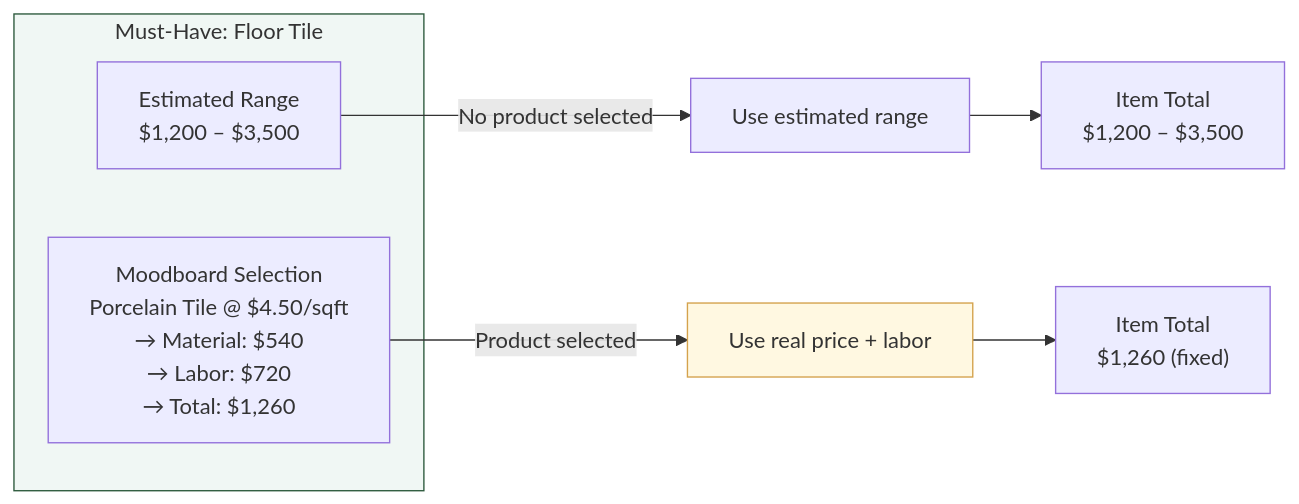
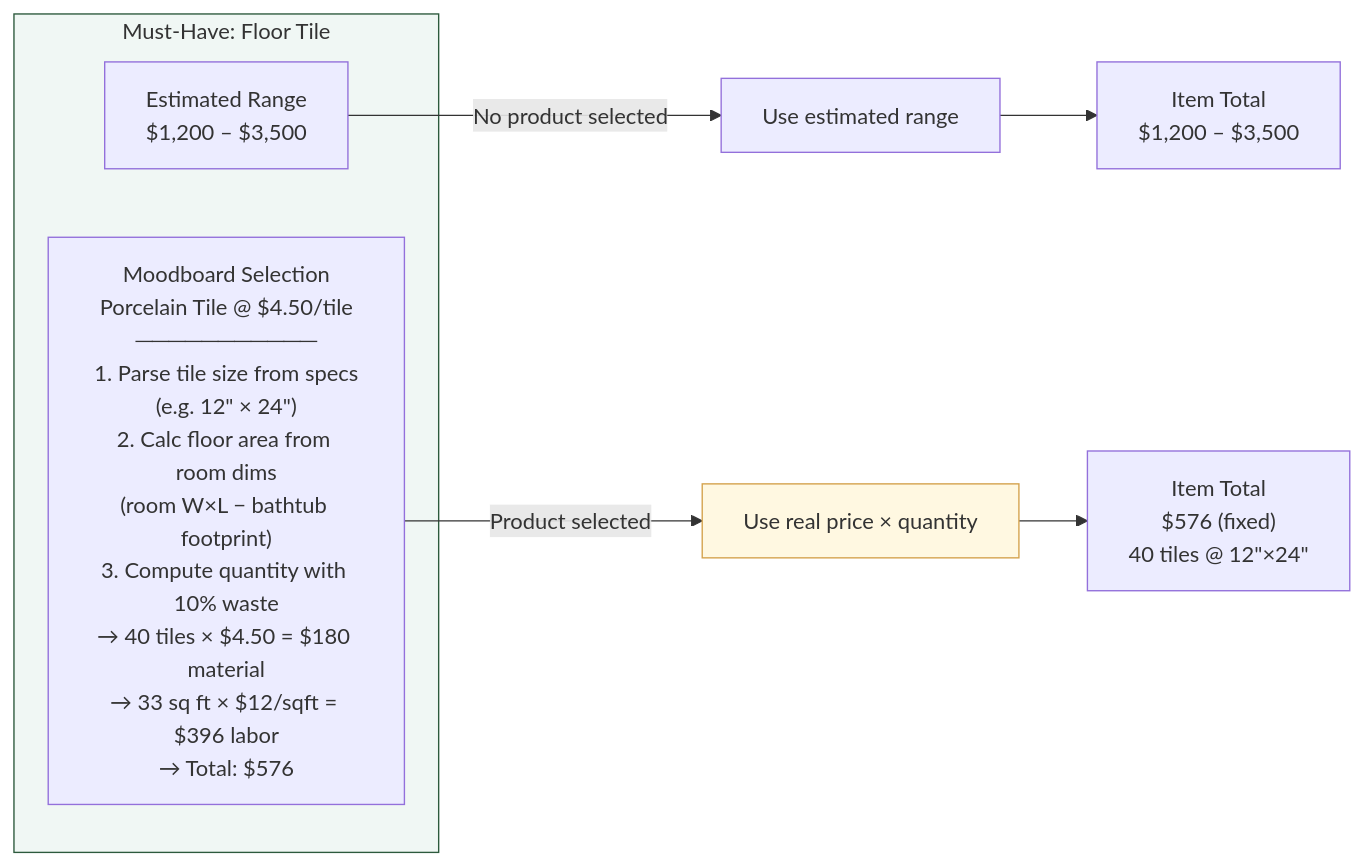
The second of 4 diagrams in BUDGET_ESTIMATOR_GRAPH.md (ttran1904/before-the-build), drawn with Mermaid before and after one commit. The commit also changed other lines of this file and 5 other files, not shown here.

Commit message:
Update Graph on number of tiles and update checklist to categorize items

````diff
--- a/BUDGET_ESTIMATOR_GRAPH.md
+++ b/BUDGET_ESTIMATOR_GRAPH.md
@@ -100,16 +100,16 @@
 ```mermaid
 flowchart LR
     subgraph MustHave["Must-Have: Floor Tile"]
         EST["Estimated Range<br/>$1,200 – $3,500"]
-        REAL["Moodboard Selection<br/>Porcelain Tile @ $4.50/sqft<br/>→ Material: $540<br/>→ Labor: $720<br/>→ Total: $1,260"]
+        REAL["Moodboard Selection<br/>Porcelain Tile @ $4.50/tile<br/>───────────<br/>1. Parse tile size from specs<br/>(e.g. 12&quot; × 24&quot;)<br/>2. Calc floor area from room dims<br/>(room W×L − bathtub footprint)<br/>3. Compute quantity with 10% waste<br/>→ 40 tiles × $4.50 = $180 material<br/>→ 33 sq ft × $12/sqft = $396 labor<br/>→ Total: $576"]
     end
 
     EST -->|"No product selected"| USE_EST["Use estimated range"]
-    REAL -->|"Product selected"| USE_REAL["Use real price + labor"]
+    REAL -->|"Product selected"| USE_REAL["Use real price × quantity"]
 
     USE_EST --> TOTAL["Item Total<br/>$1,200 – $3,500"]
-    USE_REAL --> TOTAL2["Item Total<br/>$1,260 (fixed)"]
+    USE_REAL --> TOTAL2["Item Total<br/>$576 (fixed)<br/>40 tiles @ 12&quot;×24&quot;"]
 
     style MustHave fill:#f0f7f4,stroke:#2d5a3d
     style USE_REAL fill:#fff8e1,stroke:#d4a24c
 ```
````
